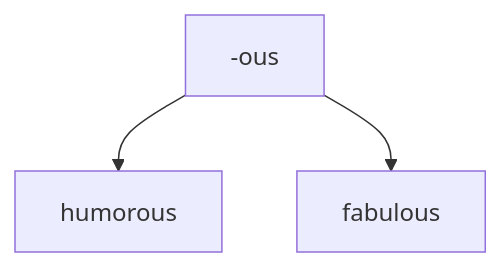
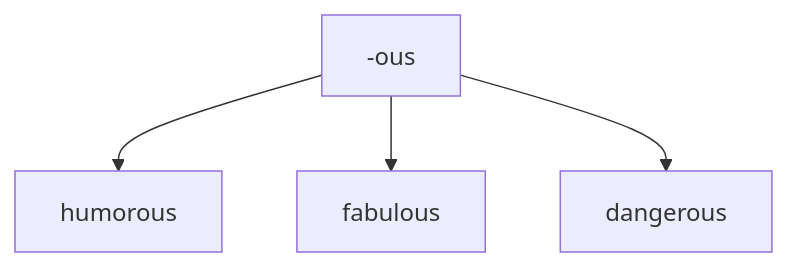
Diagram 11 of 44 in prefixes_suffixes.md (pleabargain/EnglishHelpsYourCareer), drawn with Mermaid before and after one commit. The commit also changed other lines of this file, not shown here.

````diff
--- a/prefixes_suffixes.md
+++ b/prefixes_suffixes.md
@@ -116,5 +146,6 @@
 ```mermaid
 graph TD; 
 -ous--> humorous; 
--ous-->  fabulous
+-ous-->  fabulous;
+-ous-->  dangerous;
 ```
````
